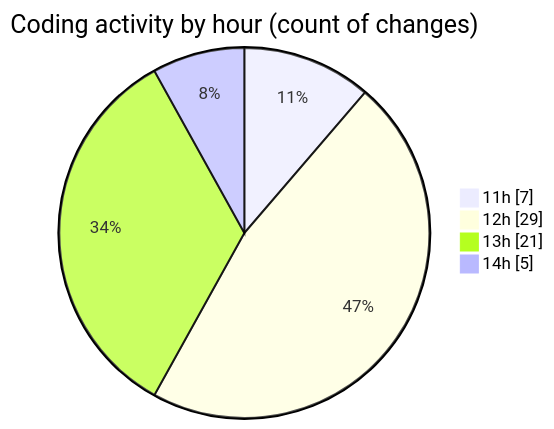
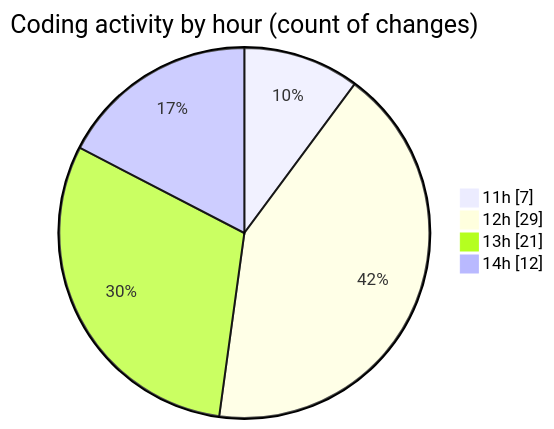
One commit to LanceThiago/code-tracking changed the second of 2 diagrams in 2025-01-08/nueva_carpeta/README.md. Above: the diagram before and after it, drawn with Mermaid. The commit also changed other lines of this file and 1 other file, not shown here.

````diff
--- a/2025-01-08/nueva_carpeta/README.md
+++ b/2025-01-08/nueva_carpeta/README.md
@@ -28,8 +28,8 @@
 ```mermaid
 pie showData
 title Coding activity by hour (count of changes)
 "11h" : 7
 "12h" : 29
 "13h" : 21
-"14h" : 5
+"14h" : 12
 ```
````
